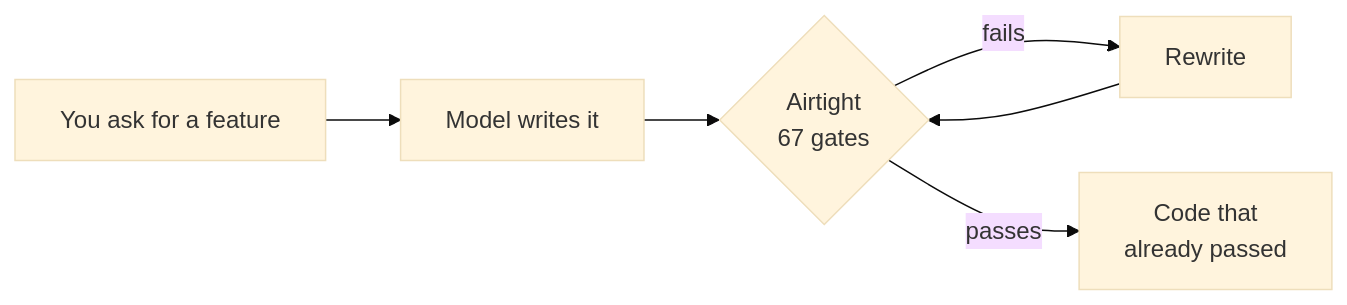
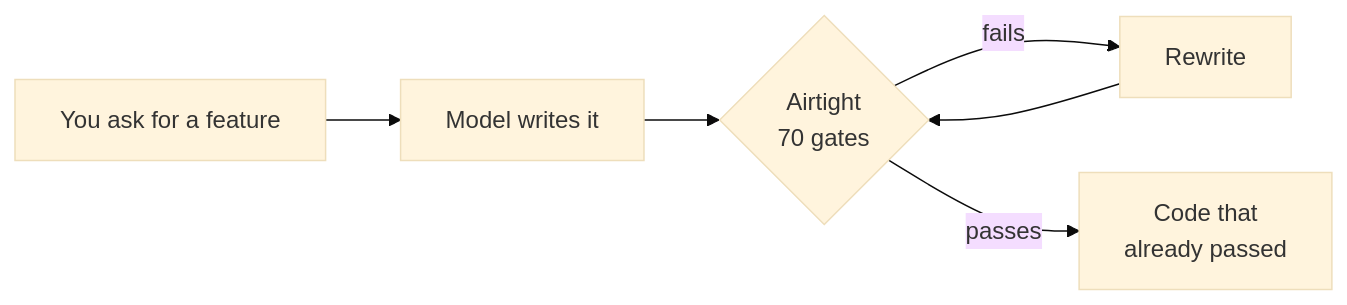
Before and after one commit to Zyoffsec/airtight-secure-coding: the diagram in README.md, drawn with Mermaid (base theme). The commit also changed other lines of this file and 29 other files, not shown here.

````diff
--- a/README.md
+++ b/README.md
@@ -23,8 +23,8 @@
 ```mermaid
 flowchart LR
   A[You ask for a feature] --> B[Model writes it]
-  B --> C{Airtight<br/>67 gates}
+  B --> C{Airtight<br/>70 gates}
   C -->|fails| D[Rewrite]
   D --> C
   C -->|passes| E[Code that<br/>already passed]
 ```
````
